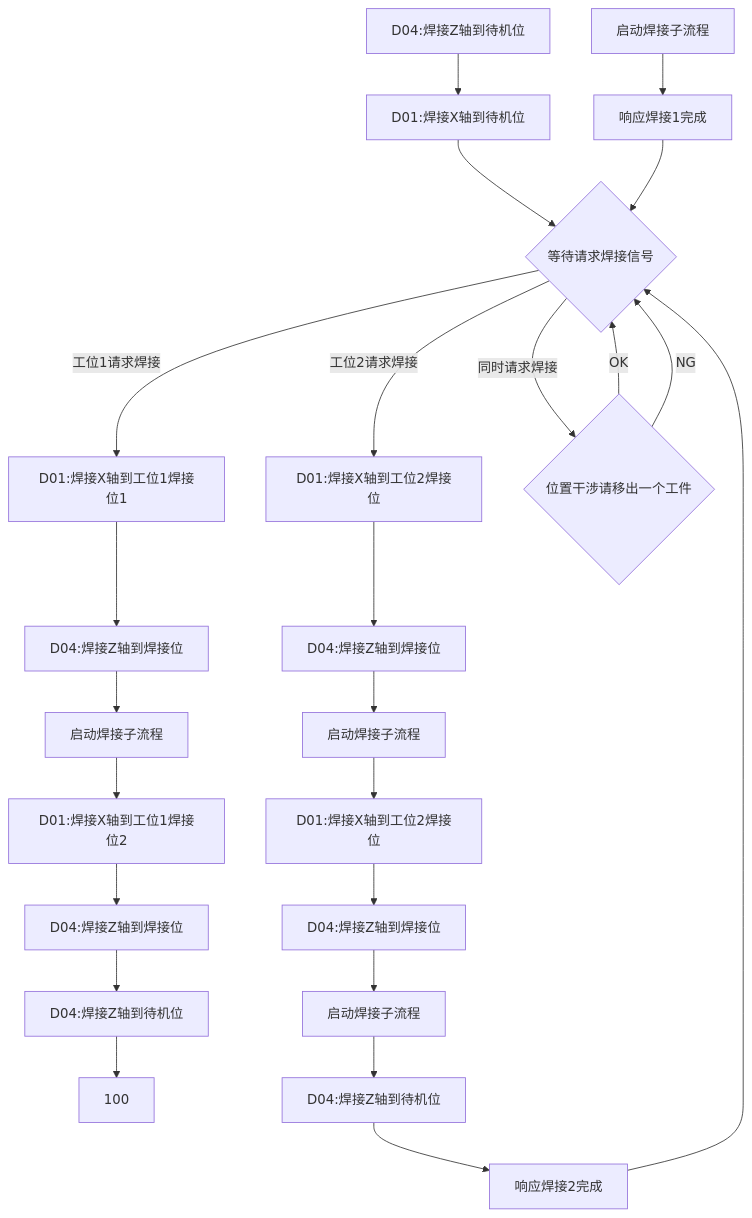
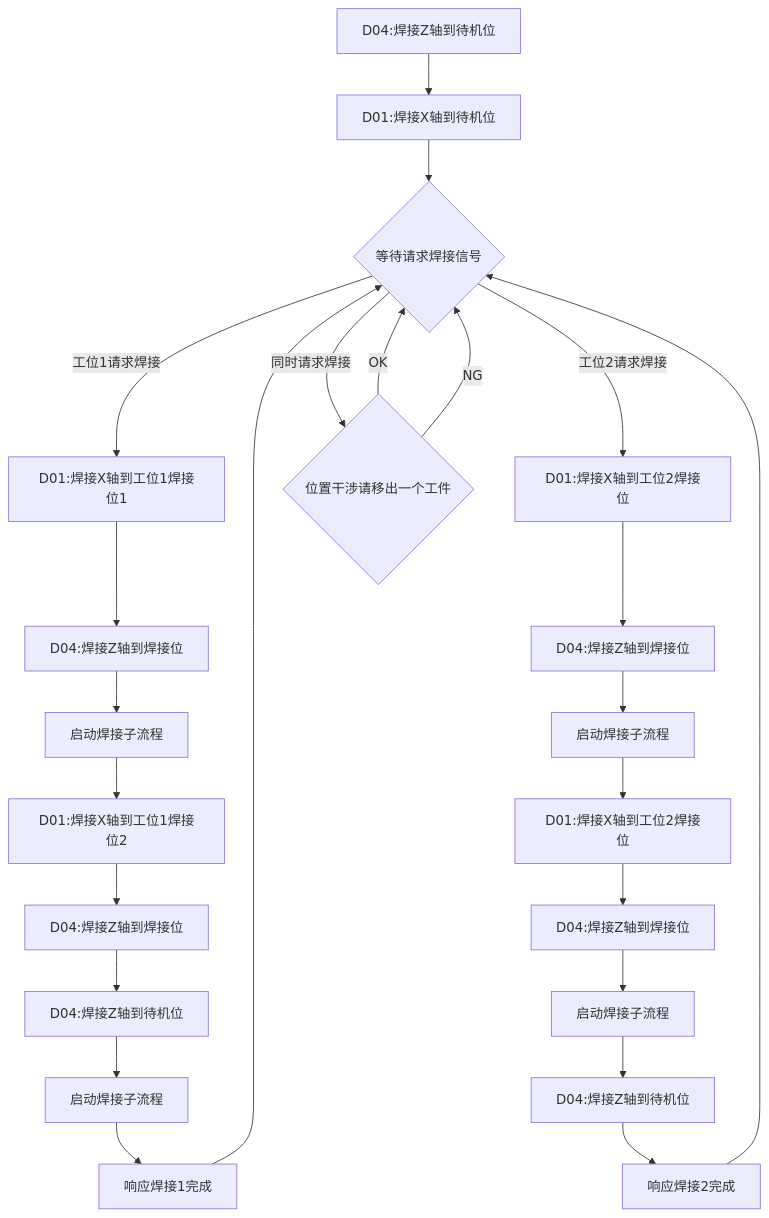
One commit to PengKun1/iodraw-files changed the diagram in all/OP20-1焊接工位自动流程.md. Above: the diagram before and after it, drawn with Mermaid.

Commit message:
2024-08-07 14:13:01 update

````diff
--- a/all/OP20-1焊接工位自动流程.md
+++ b/all/OP20-1焊接工位自动流程.md
@@ -1,26 +1,26 @@
 ```mermaid
 graph TD
 10[D04:焊接Z轴到待机位]-->20
 20[D01:焊接X轴到待机位]-->30
 30{等待请求焊接信号}-->|工位1请求焊接|40
 30-->|工位2请求焊接|200
 30-->|同时请求焊接|900
 40[D01:焊接X轴到工位1焊接位1]-->50
 50[D04:焊接Z轴到焊接位]-->60
 60[启动焊接子流程]-->70
 70[D01:焊接X轴到工位1焊接位2]-->80
 80[D04:焊接Z轴到焊接位]-->90
 90[D04:焊接Z轴到待机位]-->100
-110[启动焊接子流程]-->120
-120[响应焊接1完成]-->30
+100[启动焊接子流程]-->110
+110[响应焊接1完成]-->30
 200[D01:焊接X轴到工位2焊接位]-->210
 210[D04:焊接Z轴到焊接位]-->220
 220[启动焊接子流程]-->230
 230[D01:焊接X轴到工位2焊接位]-->240
 240[D04:焊接Z轴到焊接位]-->250
 250[启动焊接子流程]-->260
 260[D04:焊接Z轴到待机位]-->270
 270[响应焊接2完成]-->30
 900{位置干涉请移出一个工件}-->|OK|30
 900-->|NG|30
 ```
````
